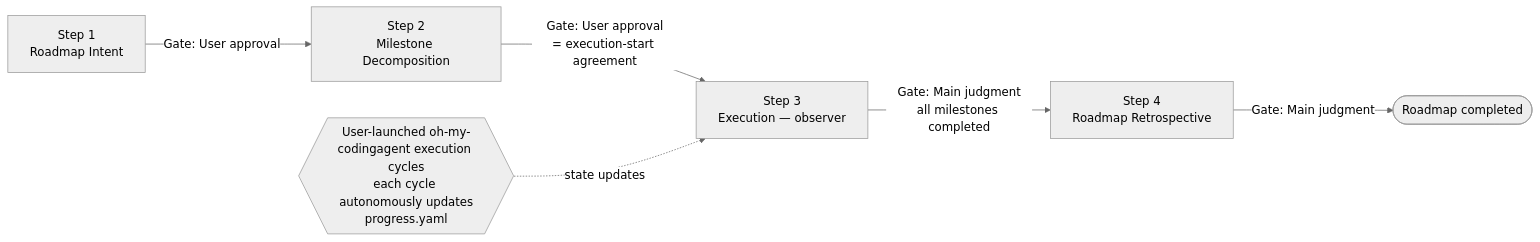
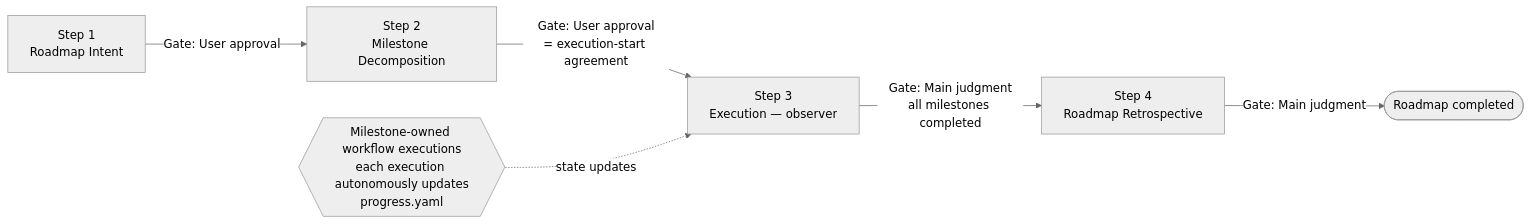
The first of 2 diagrams in plugins/totto2727-dev-flow/skills/roadmap/SKILL.md (totto2727-org/monorepo), drawn with Mermaid (neutral theme) before and after one commit. The commit also changed other lines of this file and 18 other files, not shown here.

Commit message:
docs(dev-flow): generalize workflow execution ownership

````diff
--- a/plugins/totto2727-dev-flow/skills/roadmap/SKILL.md
+++ b/plugins/totto2727-dev-flow/skills/roadmap/SKILL.md
@@ -84,15 +84,15 @@
 ```mermaid
 graph LR
     S1[Step 1<br/>Roadmap Intent]
     S2[Step 2<br/>Milestone Decomposition]
     S3[Step 3<br/>Execution &mdash; observer]
     S4[Step 4<br/>Roadmap Retrospective]
     DONE([Roadmap completed])
-    DW{{User-launched oh-my-codingagent execution cycles<br/>each cycle autonomously updates<br/>progress.yaml}}
+    DW{{Milestone-owned workflow executions<br/>each execution autonomously updates<br/>progress.yaml}}
 
     S1 -->|Gate: User approval| S2
     S2 -->|Gate: User approval<br/>= execution-start agreement| S3
     S3 -->|Gate: Main judgment<br/>all milestones completed| S4
     S4 -->|Gate: Main judgment| DONE
     DW -.->|state updates| S3
 ```
````
